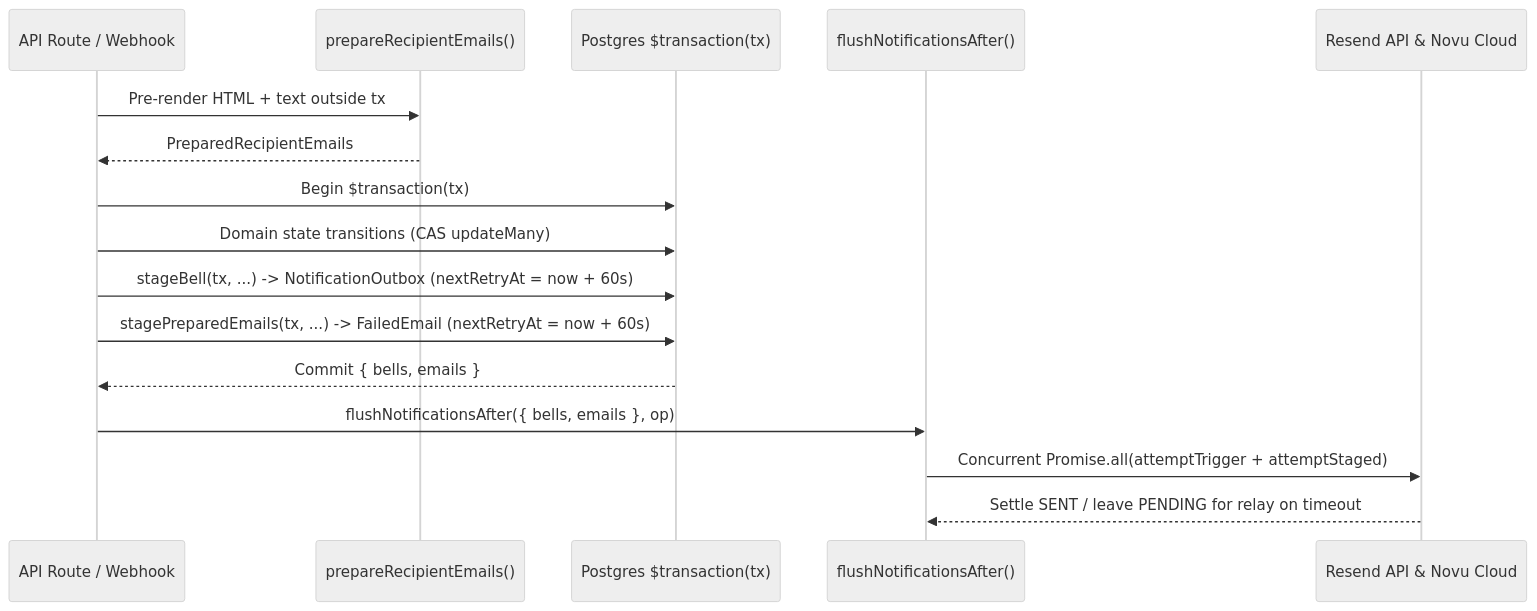
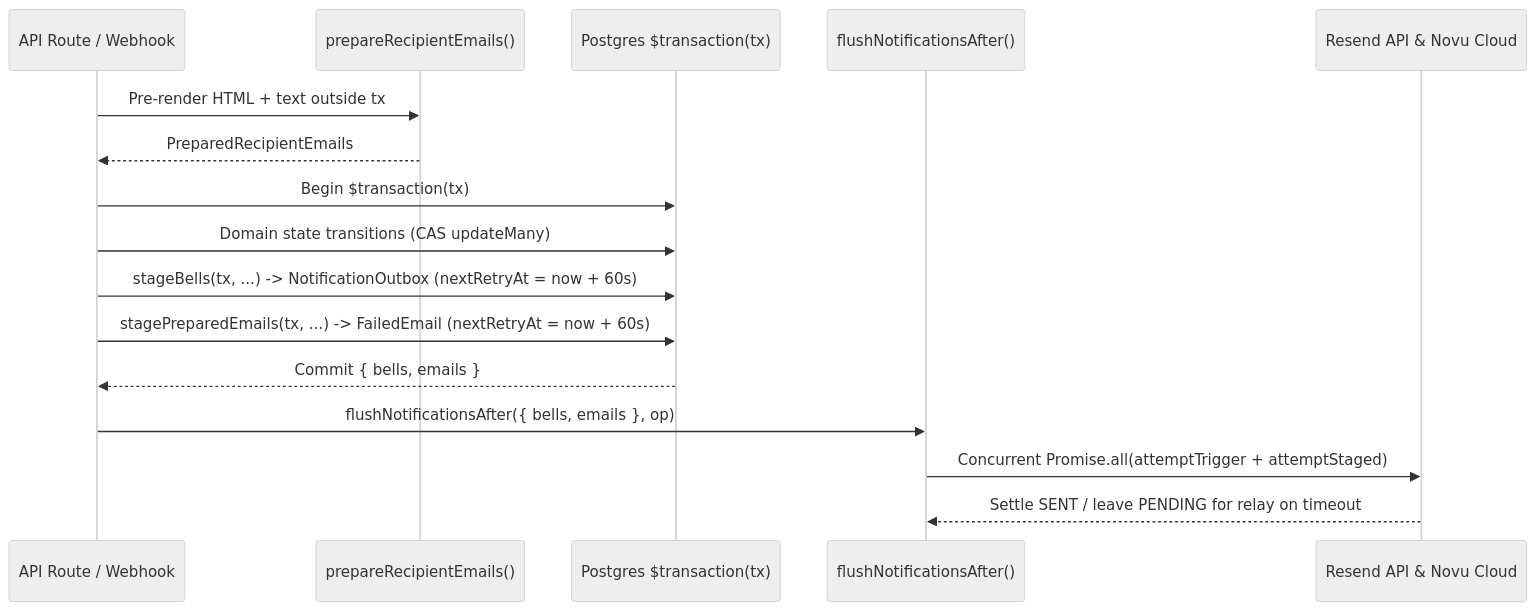
Before and after one commit to Practitionist/familiarise_web: the second of 5 diagrams in docs/notifications/01-architecture.md, drawn with Mermaid (neutral theme). The commit also changed other lines of this file and 92 other files, not shown here.

````diff
--- a/docs/notifications/01-architecture.md
+++ b/docs/notifications/01-architecture.md
@@ -128,19 +128,19 @@
 ```mermaid
 sequenceDiagram
     participant Route as API Route / Webhook
     participant Prep as prepareRecipientEmails()
     participant DB as Postgres $transaction(tx)
     participant Flush as flushNotificationsAfter()
     participant Providers as Resend API & Novu Cloud
 
     Route->>Prep: Pre-render HTML + text outside tx
     Prep-->>Route: PreparedRecipientEmails
     Route->>DB: Begin $transaction(tx)
     Route->>DB: Domain state transitions (CAS updateMany)
-    Route->>DB: stageBell(tx, ...) -> NotificationOutbox (nextRetryAt = now + 60s)
+    Route->>DB: stageBells(tx, ...) -> NotificationOutbox (nextRetryAt = now + 60s)
     Route->>DB: stagePreparedEmails(tx, ...) -> FailedEmail (nextRetryAt = now + 60s)
     DB-->>Route: Commit { bells, emails }
     Route->>Flush: flushNotificationsAfter({ bells, emails }, op)
     Flush->>Providers: Concurrent Promise.all(attemptTrigger + attemptStaged)
     Providers-->>Flush: Settle SENT / leave PENDING for relay on timeout
 ```
````
